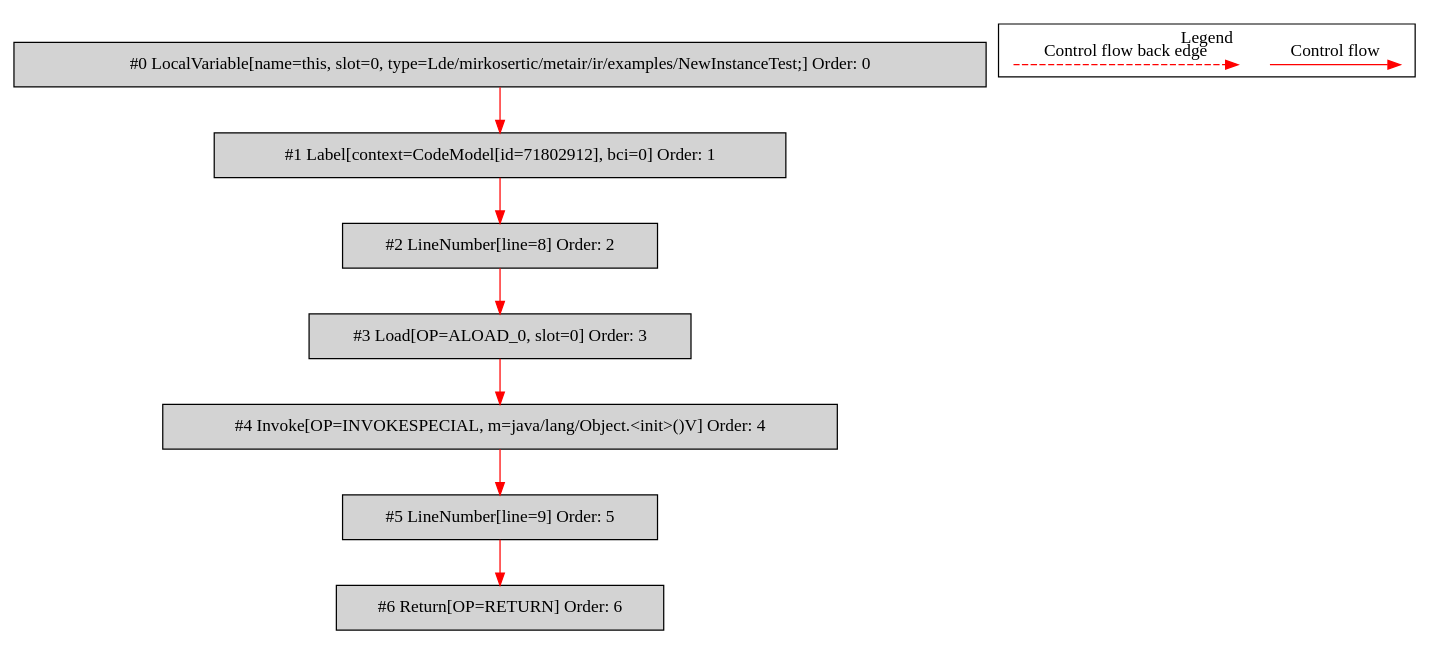
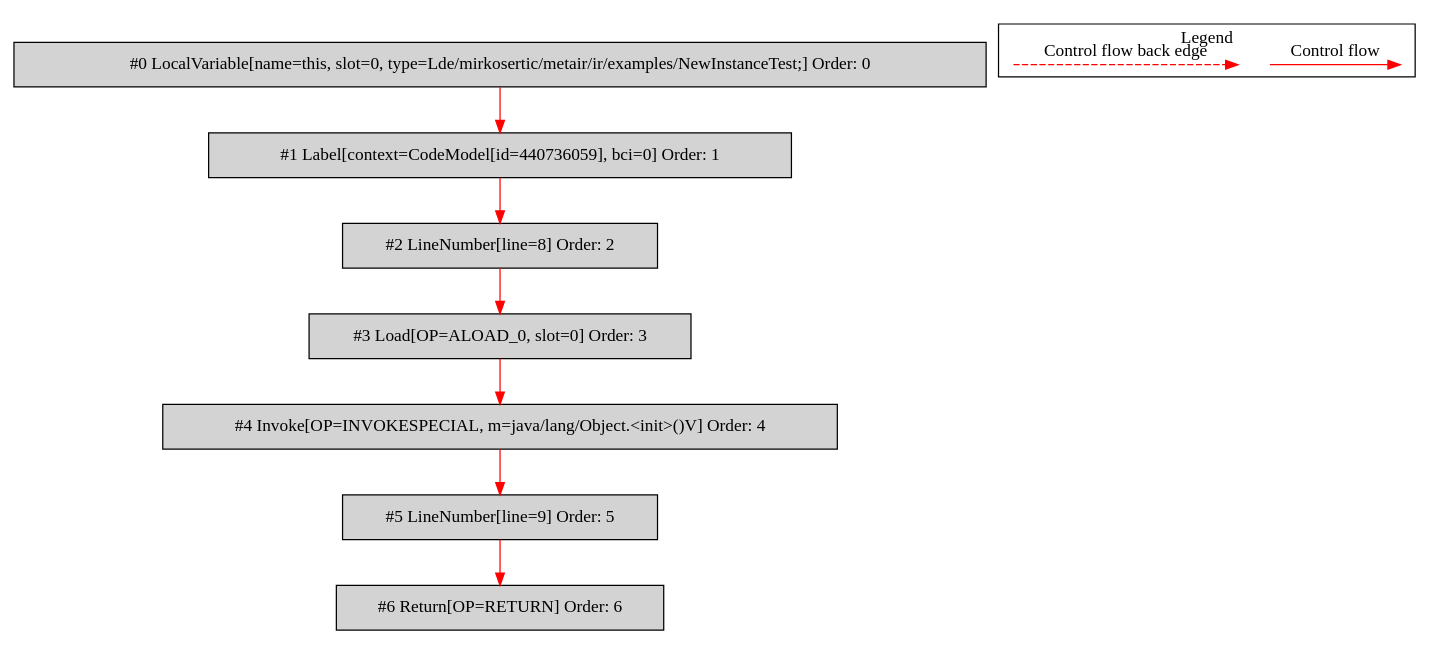
Before and after one commit to mirkosertic/MetaIR: the diagram in de.mirkosertic.metair.ir.examples.NewInstanceTest/_init_/bytecodecfg.dot, drawn with Graphviz. The commit also changed 1321 other files, not shown here.

```diff
--- a/de.mirkosertic.metair.ir.examples.NewInstanceTest/_init_/bytecodecfg.dot
+++ b/de.mirkosertic.metair.ir.examples.NewInstanceTest/_init_/bytecodecfg.dot
@@ -1,30 +1,30 @@
 digraph {
  ordering="in";
  node0[label="#0 LocalVariable[name=this, slot=0, type=Lde/mirkosertic/metair/ir/examples/NewInstanceTest;] Order: 0", shape=box, fillcolor=lightgrey, style=filled];
- node1[label="#1 Label[context=CodeModel[id=71802912], bci=0] Order: 1", shape=box, fillcolor=lightgrey, style=filled];
+ node1[label="#1 Label[context=CodeModel[id=440736059], bci=0] Order: 1", shape=box, fillcolor=lightgrey, style=filled];
  node2[label="#2 LineNumber[line=8] Order: 2", shape=box, fillcolor=lightgrey, style=filled];
  node3[label="#3 Load[OP=ALOAD_0, slot=0] Order: 3", shape=box, fillcolor=lightgrey, style=filled];
  node4[label="#4 Invoke[OP=INVOKESPECIAL, m=java/lang/Object.<init>()V] Order: 4", shape=box, fillcolor=lightgrey, style=filled];
  node5[label="#5 LineNumber[line=9] Order: 5", shape=box, fillcolor=lightgrey, style=filled];
  node6[label="#6 Return[OP=RETURN] Order: 6", shape=box, fillcolor=lightgrey, style=filled];
  node0 -> node1[color=red];
  node1 -> node2[color=red];
  node2 -> node3[color=red];
  node3 -> node4[color=red];
  node4 -> node5[color=red];
  node5 -> node6[color=red];
  subgraph cluster_000 {
   label = "Legend";
   node [shape=point]
   {
    rank=same;
    c0 [style = invis];
    c1 [style = invis];
    c2 [style = invis];
    c3 [style = invis];
   }
   c0 -> c1 [label="Control flow", style=solid, color=red]
   c2 -> c3 [label="Control flow back edge", style=dashed, color=red]
  }
 
 }
```
